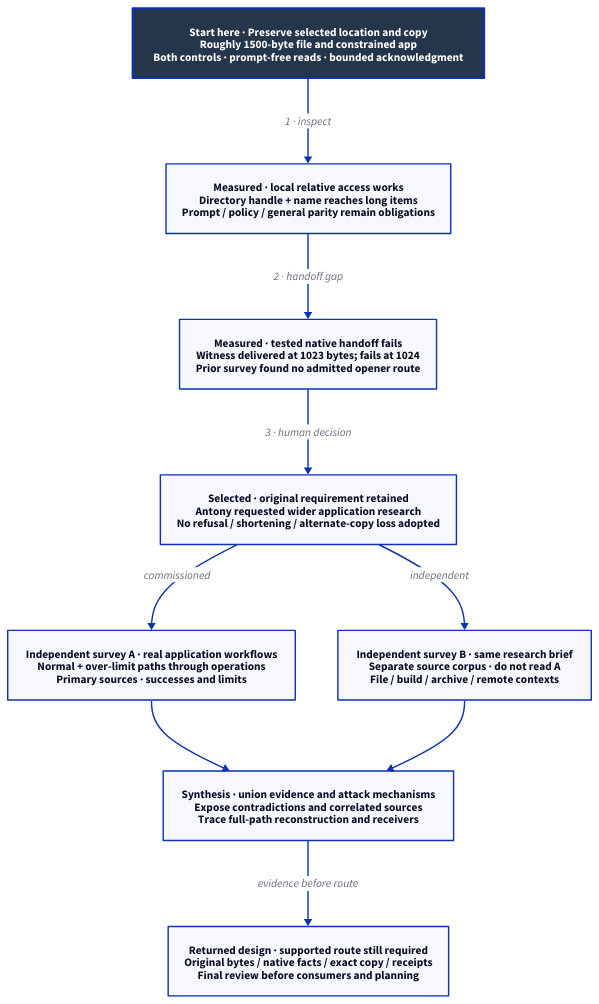
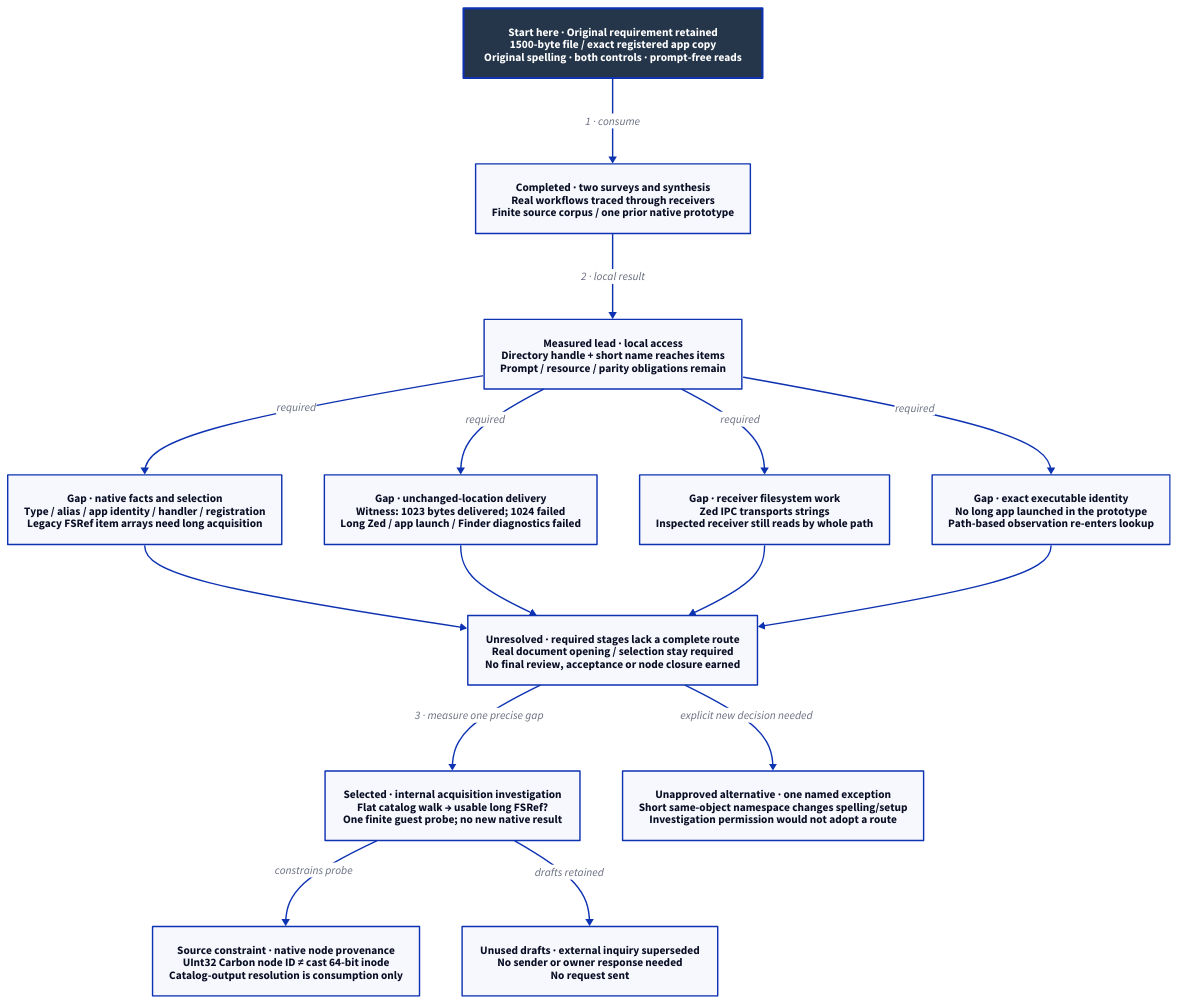
One commit to Linkuistics/Koine changed the diagram in docs/design/architecture/workspace-route-candidates.d2. Above: the diagram before and after it, drawn with D2. The commit also changed 16 other files, not shown here.

First line of the commit message:
native-reference-acquisition-k142: commission finite FSRef acquisition diagnostic

```diff
--- a/docs/design/architecture/workspace-route-candidates.d2
+++ b/docs/design/architecture/workspace-route-candidates.d2
@@ -1,21 +1,31 @@
-# Retained requirement and commissioned research; not action acceptance.
+# Returned mechanism disposition and authorized internal investigation; not action acceptance.
 direction: down
 classes: {
   start: {style: {fill: "#25364B"; font-color: "#FFFFFF"; bold: true; stroke-width: 3}}
 }
-Contract: "Start here · Preserve selected location and copy\nRoughly 1500-byte file and constrained app\nBoth controls · prompt-free reads · bounded acknowledgment" {class: start}
-Relative: "Measured · local relative access works\nDirectory handle + name reaches long items\nPrompt / policy / general parity remain obligations"
-Boundary: "Measured · tested native handoff fails\nWitness delivered at 1023 bytes; fails at 1024\nPrior survey found no admitted opener route"
-Retained: "Selected · original requirement retained\nAntony requested wider application research\nNo refusal / shortening / alternate-copy loss adopted"
-SurveyA: "Independent survey A · real application workflows\nNormal + over-limit paths through operations\nPrimary sources · successes and limits"
-SurveyB: "Independent survey B · same research brief\nSeparate source corpus · do not read A\nFile / build / archive / remote contexts"
-Synthesis: "Synthesis · union evidence and attack mechanisms\nExpose contradictions and correlated sources\nTrace full-path reconstruction and receivers"
-Design: "Returned design · supported route still required\nOriginal bytes / native facts / exact copy / receipts\nFinal review before consumers and planning"
-Contract -> Relative: "1 · inspect"
-Relative -> Boundary: "2 · handoff gap"
-Boundary -> Retained: "3 · human decision"
-Retained -> SurveyA: "commissioned"
-Retained -> SurveyB: "independent"
-SurveyA -> Synthesis
-SurveyB -> Synthesis
-Synthesis -> Design: "evidence before route"
+Contract: "Start here · Original requirement retained\n1500-byte file / exact registered app copy\nOriginal spelling · both controls · prompt-free reads" {class: start}
+Evidence: "Completed · two surveys and synthesis\nReal workflows traced through receivers\nFinite source corpus / one prior native prototype"
+Relative: "Measured lead · local access\nDirectory handle + short name reaches items\nPrompt / resource / parity obligations remain"
+Facts: "Gap · native facts and selection\nType / alias / app identity / handler / registration\nLegacy FSRef item arrays need long acquisition"
+Handoff: "Gap · unchanged-location delivery\nWitness: 1023 bytes delivered; 1024 failed\nLong Zed / app launch / Finder diagnostics failed"
+Receiver: "Gap · receiver filesystem work\nZed IPC transports strings\nInspected receiver still reads by whole path"
+Receipt: "Gap · exact executable identity\nNo long app launched in the prototype\nPath-based observation re-enters lookup"
+Pending: "Unresolved · required stages lack a complete route\nReal document opening / selection stay required\nNo final review, acceptance or node closure earned"
+Investigation: "Selected · internal acquisition investigation\nFlat catalog walk → usable long FSRef?\nOne finite guest probe; no new native result"
+NodeID: "Source constraint · native node provenance\nUInt32 Carbon node ID ≠ cast 64-bit inode\nCatalog-output resolution is consumption only"
+Inquiry: "Unused drafts · external inquiry superseded\nNo sender or owner response needed\nNo request sent"
+Exception: "Unapproved alternative · one named exception\nShort same-object namespace changes spelling/setup\nInvestigation permission would not adopt a route"
+Contract -> Evidence: "1 · consume"
+Evidence -> Relative: "2 · local result"
+Relative -> Facts: "required"
+Relative -> Handoff: "required"
+Relative -> Receiver: "required"
+Relative -> Receipt: "required"
+Facts -> Pending
+Handoff -> Pending
+Receiver -> Pending
+Receipt -> Pending
+Pending -> Investigation: "3 · measure one precise gap"
+Investigation -> NodeID: "constrains probe"
+Investigation -> Inquiry: "drafts retained"
+Pending -> Exception: "explicit new decision needed"
```
